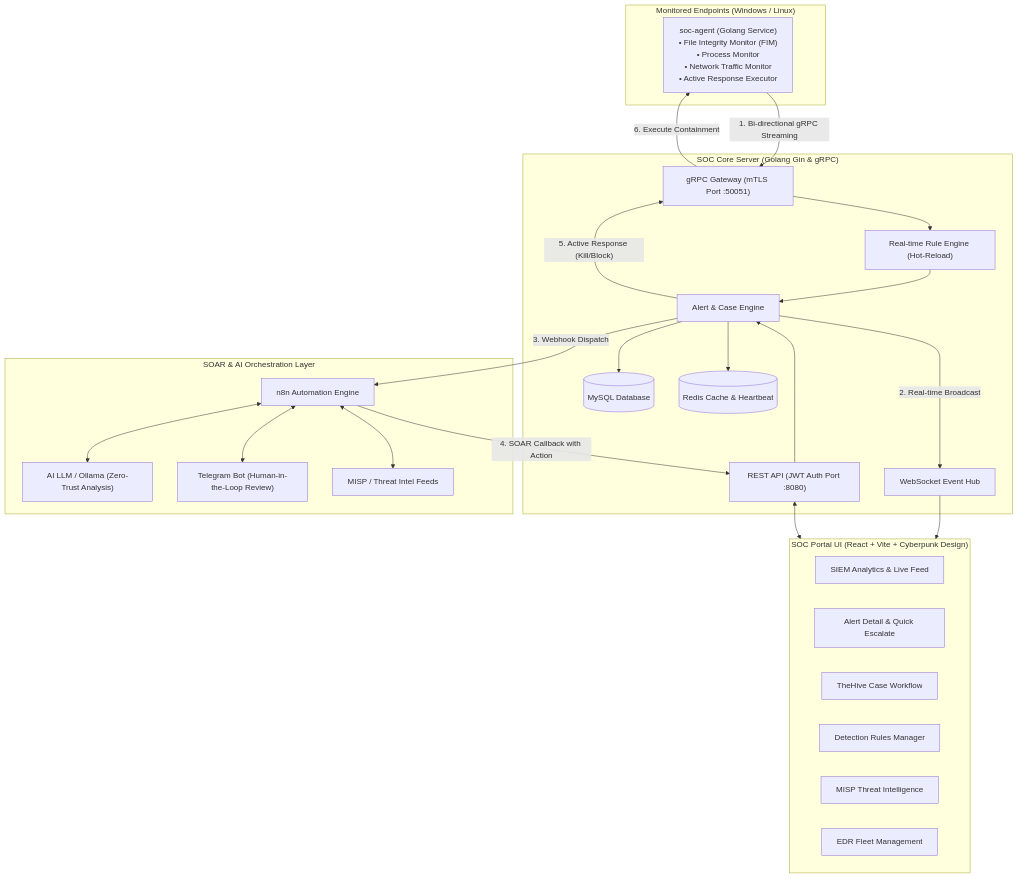
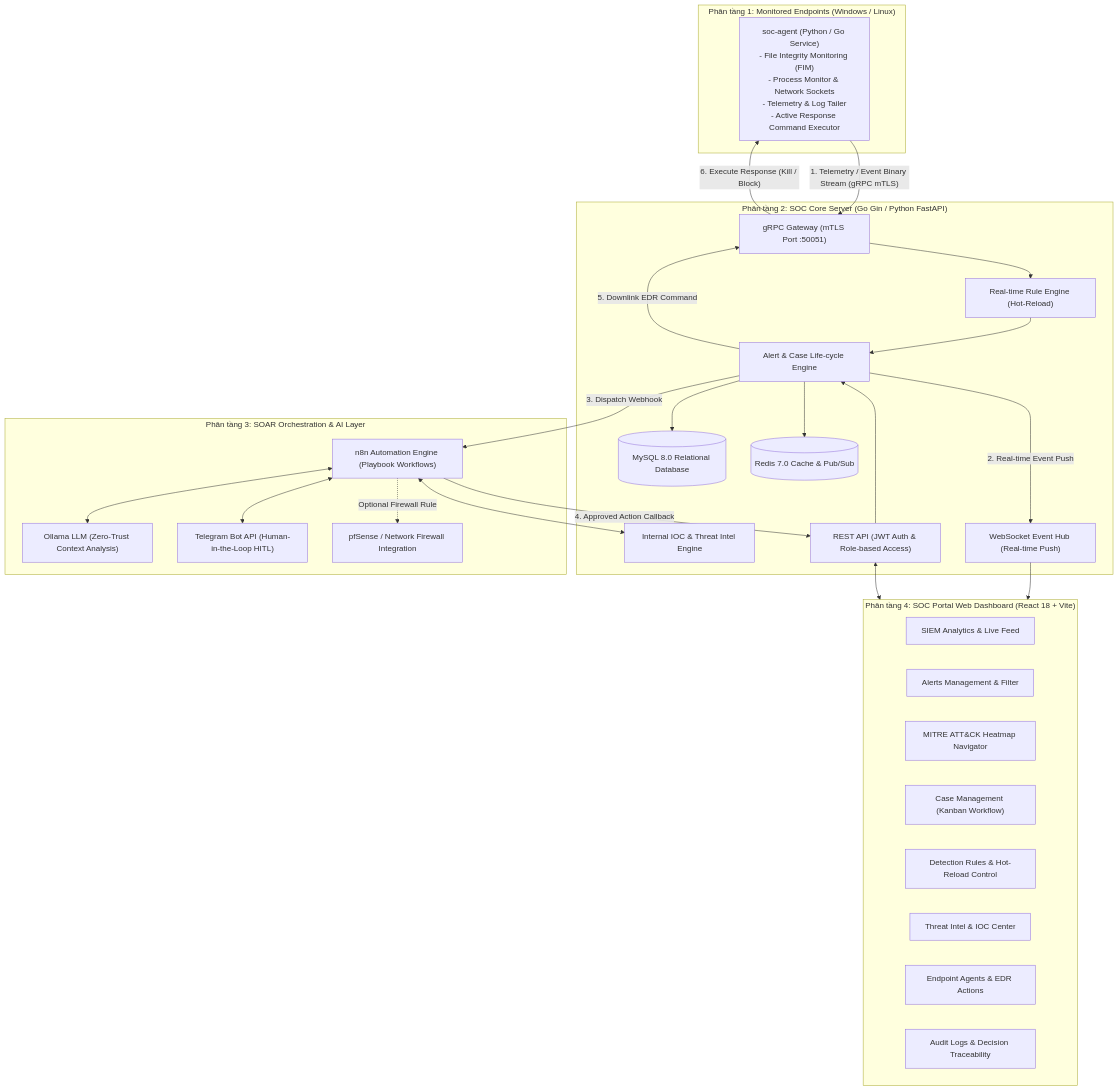
The diagram in README.md (tringuyenbmt123/do-an-tot-nghiep), drawn with Mermaid before and after one commit. The commit also changed other lines of this file and 12 other files, not shown here.

````diff
--- a/README.md
+++ b/README.md
@@ -78,52 +54,56 @@
 ```mermaid
 flowchart TB
-    subgraph Endpoints ["Monitored Endpoints (Windows / Linux)"]
-        Agent["soc-agent (Golang Service)\n• File Integrity Monitor (FIM)\n• Process Monitor\n• Network Traffic Monitor\n• Active Response Executor"]
+    subgraph Layer1 ["Phân tầng 1: Monitored Endpoints (Windows / Linux)"]
+        Agent["soc-agent (Python / Go Service)\n- File Integrity Monitoring (FIM)\n- Process Monitor & Network Sockets\n- Telemetry & Log Tailer\n- Active Response Command Executor"]
     end
 
-    subgraph CoreBackend ["SOC Core Server (Golang Gin & gRPC)"]
+    subgraph Layer2 ["Phân tầng 2: SOC Core Server (Go Gin / Python FastAPI)"]
         gRPCServer["gRPC Gateway (mTLS Port :50051)"]
         RuleEngine["Real-time Rule Engine (Hot-Reload)"]
-        AlertService["Alert & Case Engine"]
-        WSHub["WebSocket Event Hub"]
-        RESTAPI["REST API (JWT Auth Port :8080)"]
-        DB[(MySQL Database)]
-        Redis[(Redis Cache & Heartbeat)]
+        AlertService["Alert & Case Life-cycle Engine"]
+        ThreatIntel["Internal IOC & Threat Intel Engine"]
+        WSHub["WebSocket Event Hub (Real-time Push)"]
+        RESTAPI["REST API (JWT Auth & Role-based Access)"]
+        DB[(MySQL 8.0 Relational Database)]
+        Redis[(Redis 7.0 Cache & Pub/Sub)]
     end
 
-    subgraph Frontend ["SOC Portal UI (React + Vite + Cyberpunk Design)"]
-        Dashboard["SIEM Analytics & Live Feed"]
-        AlertDrawer["Alert Detail & Quick Escalate"]
-        CaseMgmt["TheHive Case Workflow"]
-        RuleMgmt["Detection Rules Manager"]
-        IOCMgmt["MISP Threat Intelligence"]
-        AgentCtrl["EDR Fleet Management"]
+    subgraph Layer3 ["Phân tầng 3: SOAR Orchestration & AI Layer"]
+        n8n["n8n Automation Engine (Playbook Workflows)"]
+        Ollama["Ollama LLM (Zero-Trust Context Analysis)"]
+        Telegram["Telegram Bot API (Human-in-the-Loop HITL)"]
+        FirewallGW["pfSense / Network Firewall Integration"]
     end
 
-    subgraph Automation ["SOAR & AI Orchestration Layer"]
-        n8n["n8n Automation Engine"]
-        Ollama["AI LLM / Ollama (Zero-Trust Analysis)"]
-        Telegram["Telegram Bot (Human-in-the-Loop Review)"]
-        MISP["MISP / Threat Intel Feeds"]
+    subgraph Layer4 ["Phân tầng 4: SOC Portal Web Dashboard (React 18 + Vite)"]
+        Dashboard["SIEM Analytics & Live Feed"]
+        AlertQueue["Alerts Management & Filter"]
+        MITREMatrix["MITRE ATT&CK Heatmap Navigator"]
+        CaseKanban["Case Management (Kanban Workflow)"]
+        RuleEditor["Detection Rules & Hot-Reload Control"]
+        IOCViewer["Threat Intel & IOC Center"]
+        AgentFleet["Endpoint Agents & EDR Actions"]
+        AuditTrail["Audit Logs & Decision Traceability"]
     end
 
-    %% Data Flow
-    Agent -- "1. Bi-directional gRPC Streaming" --> gRPCServer
+    %% Luồng truyền dữ liệu
+    Agent -- "1. Telemetry / Event Binary Stream (gRPC mTLS)" --> gRPCServer
     gRPCServer --> RuleEngine
     RuleEngine --> AlertService
     AlertService --> DB
     AlertService --> Redis
-    AlertService -- "2. Real-time Broadcast" --> WSHub
-    WSHub --> Frontend
-    RESTAPI <--> Frontend
+    AlertService -- "2. Real-time Event Push" --> WSHub
+    WSHub --> Layer4
+    RESTAPI <--> Layer4
 
-    %% SOAR Pipeline
-    AlertService -- "3. Webhook Dispatch" --> n8n
+    %% Luồng SOAR & AI
+    AlertService -- "3. Dispatch Webhook" --> n8n
     n8n <--> Ollama
+    n8n <--> ThreatIntel
     n8n <--> Telegram
-    n8n <--> MISP
-    n8n -- "4. SOAR Callback with Action" --> RESTAPI
+    n8n -- "4. Approved Action Callback" --> RESTAPI
     RESTAPI --> AlertService
-    AlertService -- "5. Active Response (Kill/Block)" --> gRPCServer
-    gRPCServer -- "6. Execute Containment" --> Agent
+    AlertService -- "5. Downlink EDR Command" --> gRPCServer
+    gRPCServer -- "6. Execute Response (Kill / Block)" --> Agent
+    n8n -. "Optional Firewall Rule" .-> FirewallGW
 ```
````
